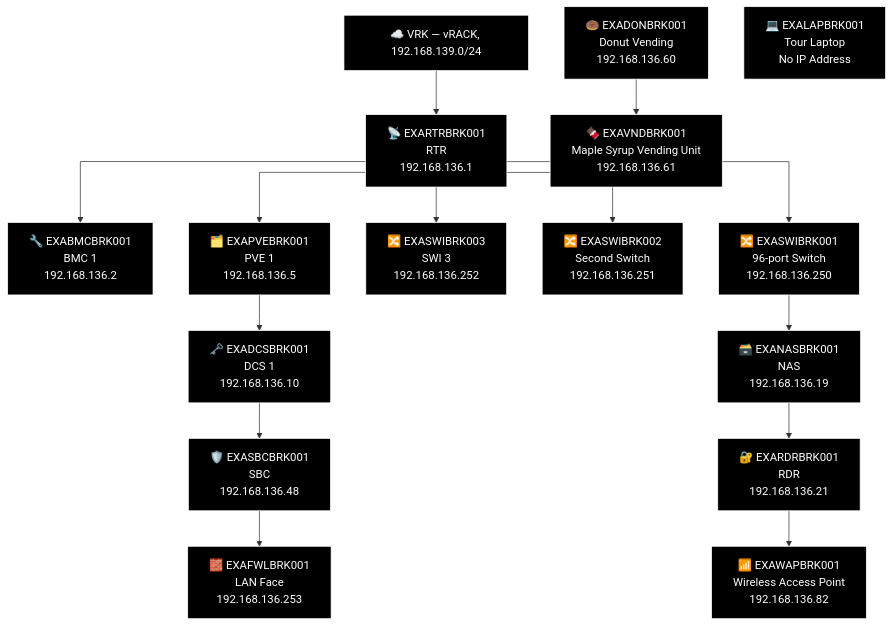
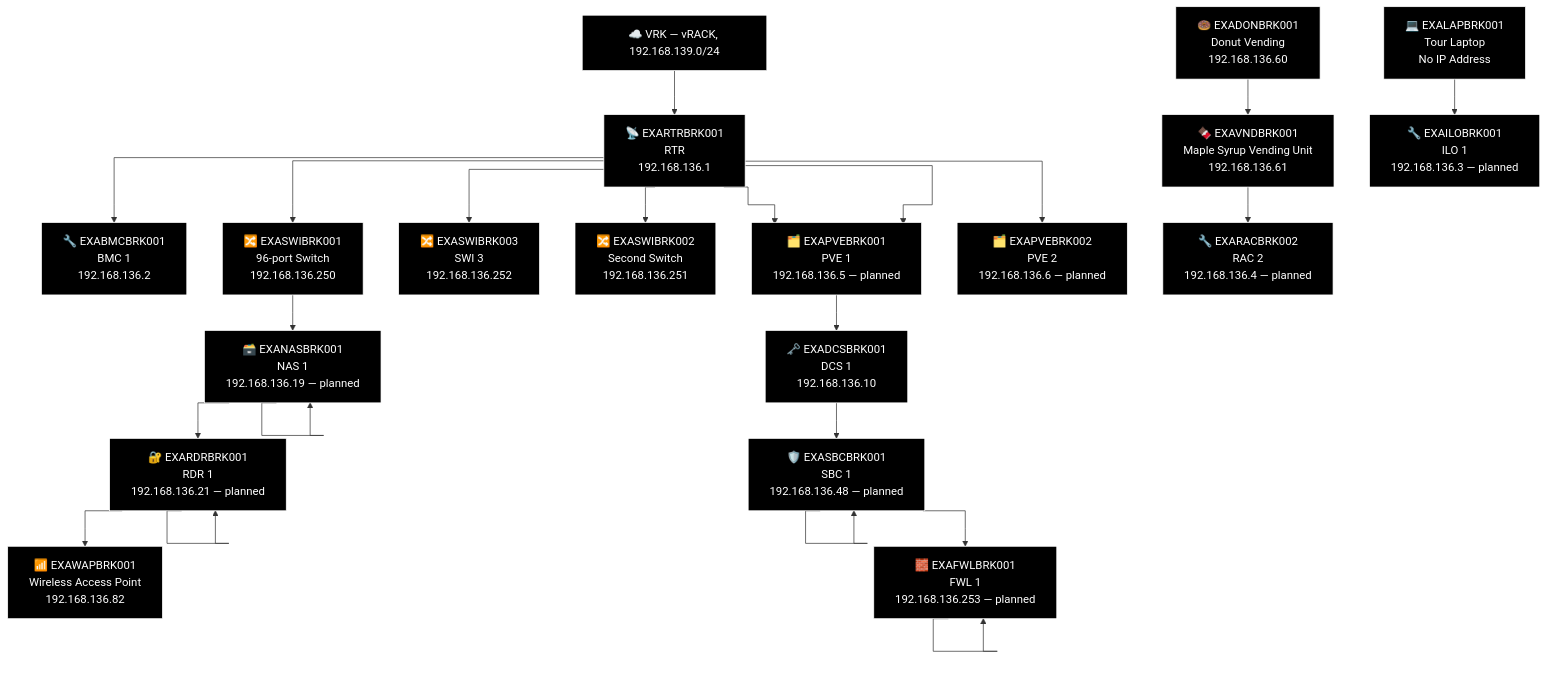
The third of 9 diagrams in docs/network-diagram/canada.md (knightmare2600/example_music_infra), drawn with Mermaid before and after one commit. The commit also changed other lines of this file and 12 other files, not shown here.

````diff
--- a/docs/network-diagram/canada.md
+++ b/docs/network-diagram/canada.md
@@ -134,47 +134,66 @@
 ```mermaid
 %% GENERATED:TOPOLOGY:BRK:START
 %%{init: {'flowchart': {'curve': 'stepAfter'}}}%%
 graph TD
     T_VRK["☁️ VRK — vRACK, 192.168.139.0/24"]
     T_RTR["📡 EXARTRBRK001<br/>RTR<br/>192.168.136.1"]
     T_VRK --> T_RTR
     T_BMC["🔧 EXABMCBRK001<br/>BMC 1<br/>192.168.136.2"]
     T_RTR --> T_BMC
     T_PVE["🗂️ EXAPVEBRK001<br/>PVE 1<br/>192.168.136.5"]
     T_RTR --> T_PVE
     T_SWI["🔀 EXASWIBRK003<br/>SWI 3<br/>192.168.136.252"]
     T_RTR --> T_SWI
     T_SWI2["🔀 EXASWIBRK002<br/>Second Switch<br/>192.168.136.251"]
     T_RTR --> T_SWI2
     T_SWI3["🔀 EXASWIBRK001<br/>96-port Switch<br/>192.168.136.250"]
     T_RTR --> T_SWI3
+    T_PVE["🗂️ EXAPVEBRK001<br/>PVE 1<br/>192.168.136.5 — planned"]
+    T_RTR --> T_PVE
+    T_PVE2["🗂️ EXAPVEBRK002<br/>PVE 2<br/>192.168.136.6 — planned"]
+    T_RTR --> T_PVE2
     T_NAS["🗃️ EXANASBRK001<br/>NAS<br/>192.168.136.19"]
+    T_NAS["🗃️ EXANASBRK001<br/>NAS 1<br/>192.168.136.19 — planned"]
     T_RDR["🔐 EXARDRBRK001<br/>RDR<br/>192.168.136.21"]
+    T_RDR["🔐 EXARDRBRK001<br/>RDR 1<br/>192.168.136.21 — planned"]
     T_WAP["📶 EXAWAPBRK001<br/>Wireless Access Point<br/>192.168.136.82"]
-    T_SWI3 --> T_NAS --> T_RDR --> T_WAP
+    T_SWI3 --> T_NAS --> T_NAS --> T_RDR --> T_RDR --> T_WAP
     T_DCS["🗝️ EXADCSBRK001<br/>DCS 1<br/>192.168.136.10"]
     T_SBC["🛡️ EXASBCBRK001<br/>SBC<br/>192.168.136.48"]
+    T_SBC["🛡️ EXASBCBRK001<br/>SBC 1<br/>192.168.136.48 — planned"]
     T_FWL["🧱 EXAFWLBRK001<br/>LAN Face<br/>192.168.136.253"]
-    T_PVE --> T_DCS --> T_SBC --> T_FWL
+    T_FWL["🧱 EXAFWLBRK001<br/>FWL 1<br/>192.168.136.253 — planned"]
+    T_PVE --> T_DCS --> T_SBC --> T_SBC --> T_FWL --> T_FWL
     T_DON["🍩 EXADONBRK001<br/>Donut Vending<br/>192.168.136.60"]
     T_LAP["💻 EXALAPBRK001<br/>Tour Laptop<br/>No IP Address"]
     T_VND["🍫 EXAVNDBRK001<br/>Maple Syrup Vending Unit<br/>192.168.136.61"]
-    T_DON --> T_VND
+    T_ILO["🔧 EXAILOBRK001<br/>ILO 1<br/>192.168.136.3 — planned"]
+    T_RAC["🔧 EXARACBRK002<br/>RAC 2<br/>192.168.136.4 — planned"]
+    T_DON --> T_VND --> T_RAC
+    T_LAP --> T_ILO
     style T_VRK fill:#000000,stroke:#FFFFFF,color:#FFFFFF
     style T_RTR fill:#000000,stroke:#FFFFFF,color:#FFFFFF
     style T_BMC fill:#000000,stroke:#FFFFFF,color:#FFFFFF
     style T_PVE fill:#000000,stroke:#FFFFFF,color:#FFFFFF
     style T_SWI fill:#000000,stroke:#FFFFFF,color:#FFFFFF
     style T_SWI2 fill:#000000,stroke:#FFFFFF,color:#FFFFFF
     style T_SWI3 fill:#000000,stroke:#FFFFFF,color:#FFFFFF
+    style T_PVE fill:#000000,stroke:#FFFFFF,color:#FFFFFF
+    style T_PVE2 fill:#000000,stroke:#FFFFFF,color:#FFFFFF
     style T_NAS fill:#000000,stroke:#FFFFFF,color:#FFFFFF
+    style T_NAS fill:#000000,stroke:#FFFFFF,color:#FFFFFF
+    style T_RDR fill:#000000,stroke:#FFFFFF,color:#FFFFFF
     style T_RDR fill:#000000,stroke:#FFFFFF,color:#FFFFFF
     style T_WAP fill:#000000,stroke:#FFFFFF,color:#FFFFFF
     style T_DCS fill:#000000,stroke:#FFFFFF,color:#FFFFFF
     style T_SBC fill:#000000,stroke:#FFFFFF,color:#FFFFFF
+    style T_SBC fill:#000000,stroke:#FFFFFF,color:#FFFFFF
+    style T_FWL fill:#000000,stroke:#FFFFFF,color:#FFFFFF
     style T_FWL fill:#000000,stroke:#FFFFFF,color:#FFFFFF
     style T_DON fill:#000000,stroke:#FFFFFF,color:#FFFFFF
     style T_LAP fill:#000000,stroke:#FFFFFF,color:#FFFFFF
     style T_VND fill:#000000,stroke:#FFFFFF,color:#FFFFFF
+    style T_ILO fill:#000000,stroke:#FFFFFF,color:#FFFFFF
+    style T_RAC fill:#000000,stroke:#FFFFFF,color:#FFFFFF
 %% GENERATED:TOPOLOGY:BRK:END
 ```
````
